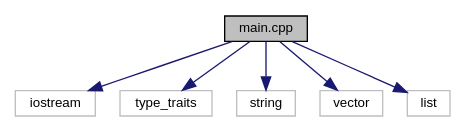
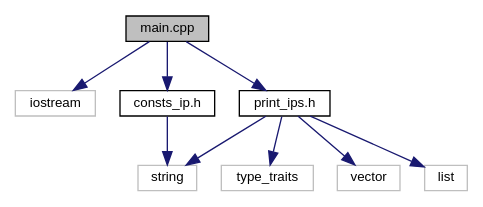
Before and after one commit to AlexisVaBel/otus-cpp-hw_04: the diagram in main_8cpp__incl.dot, drawn with Graphviz. The commit also changed 30 other files, not shown here.

```diff
--- a/main_8cpp__incl.dot
+++ b/main_8cpp__incl.dot
@@ -1,16 +1,21 @@
 digraph "main.cpp"
 {
   edge [fontname="Helvetica",fontsize="10",labelfontname="Helvetica",labelfontsize="10"];
   node [fontname="Helvetica",fontsize="10",shape=record];
   Node1 [label="main.cpp",height=0.2,width=0.4,color="black", fillcolor="grey75", style="filled", fontcolor="black"];
   Node1 -> Node2 [color="midnightblue",fontsize="10",style="solid",fontname="Helvetica"];
   Node2 [label="iostream",height=0.2,width=0.4,color="grey75", fillcolor="white", style="filled"];
   Node1 -> Node3 [color="midnightblue",fontsize="10",style="solid",fontname="Helvetica"];
-  Node3 [label="type_traits",height=0.2,width=0.4,color="grey75", fillcolor="white", style="filled"];
-  Node1 -> Node4 [color="midnightblue",fontsize="10",style="solid",fontname="Helvetica"];
+  Node3 [label="consts_ip.h",height=0.2,width=0.4,color="black", fillcolor="white", style="filled",URL="$consts__ip_8h.html"];
+  Node3 -> Node4 [color="midnightblue",fontsize="10",style="solid",fontname="Helvetica"];
   Node4 [label="string",height=0.2,width=0.4,color="grey75", fillcolor="white", style="filled"];
   Node1 -> Node5 [color="midnightblue",fontsize="10",style="solid",fontname="Helvetica"];
-  Node5 [label="vector",height=0.2,width=0.4,color="grey75", fillcolor="white", style="filled"];
-  Node1 -> Node6 [color="midnightblue",fontsize="10",style="solid",fontname="Helvetica"];
-  Node6 [label="list",height=0.2,width=0.4,color="grey75", fillcolor="white", style="filled"];
+  Node5 [label="print_ips.h",height=0.2,width=0.4,color="black", fillcolor="white", style="filled",URL="$print__ips_8h.html"];
+  Node5 -> Node6 [color="midnightblue",fontsize="10",style="solid",fontname="Helvetica"];
+  Node6 [label="type_traits",height=0.2,width=0.4,color="grey75", fillcolor="white", style="filled"];
+  Node5 -> Node4 [color="midnightblue",fontsize="10",style="solid",fontname="Helvetica"];
+  Node5 -> Node7 [color="midnightblue",fontsize="10",style="solid",fontname="Helvetica"];
+  Node7 [label="vector",height=0.2,width=0.4,color="grey75", fillcolor="white", style="filled"];
+  Node5 -> Node8 [color="midnightblue",fontsize="10",style="solid",fontname="Helvetica"];
+  Node8 [label="list",height=0.2,width=0.4,color="grey75", fillcolor="white", style="filled"];
 }
```
